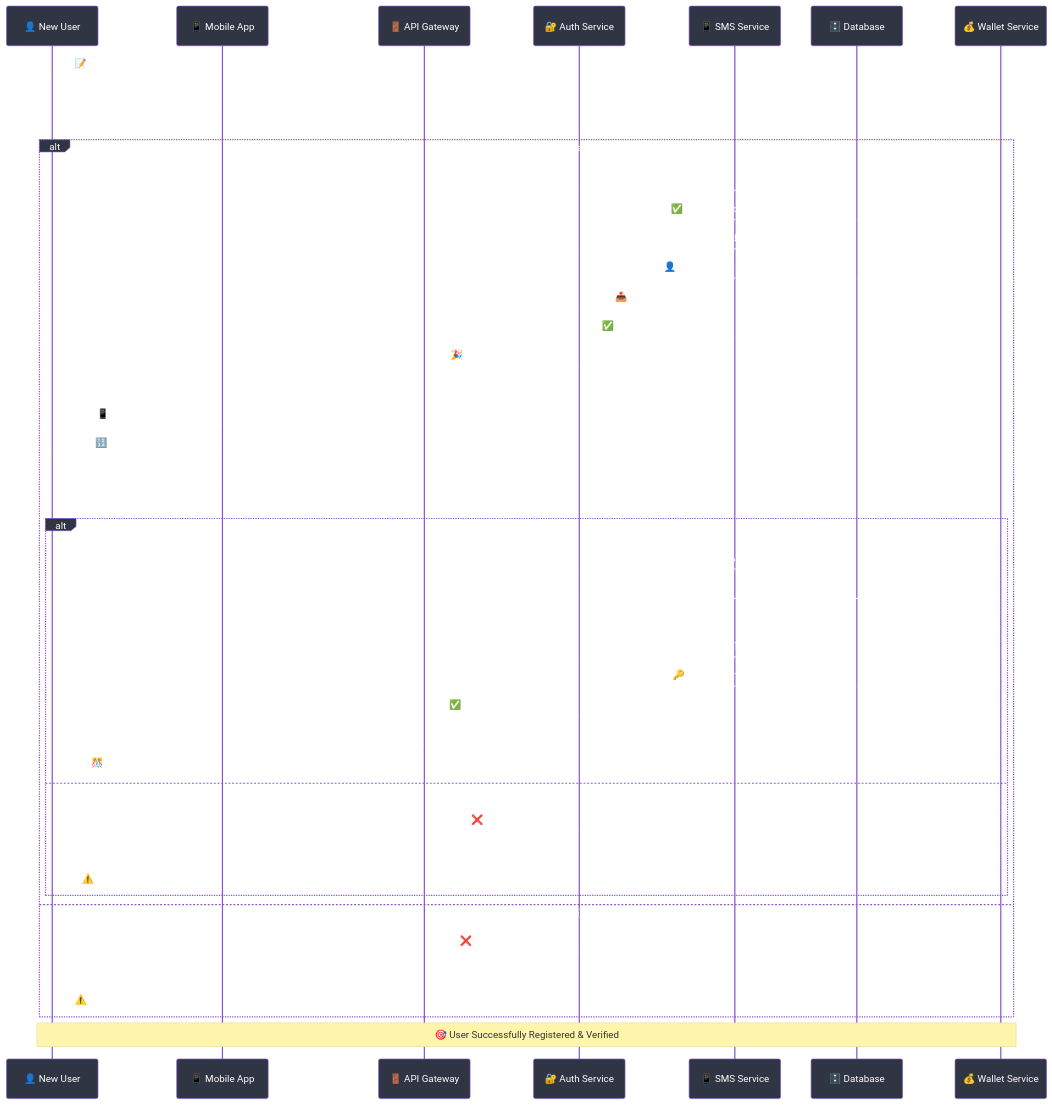
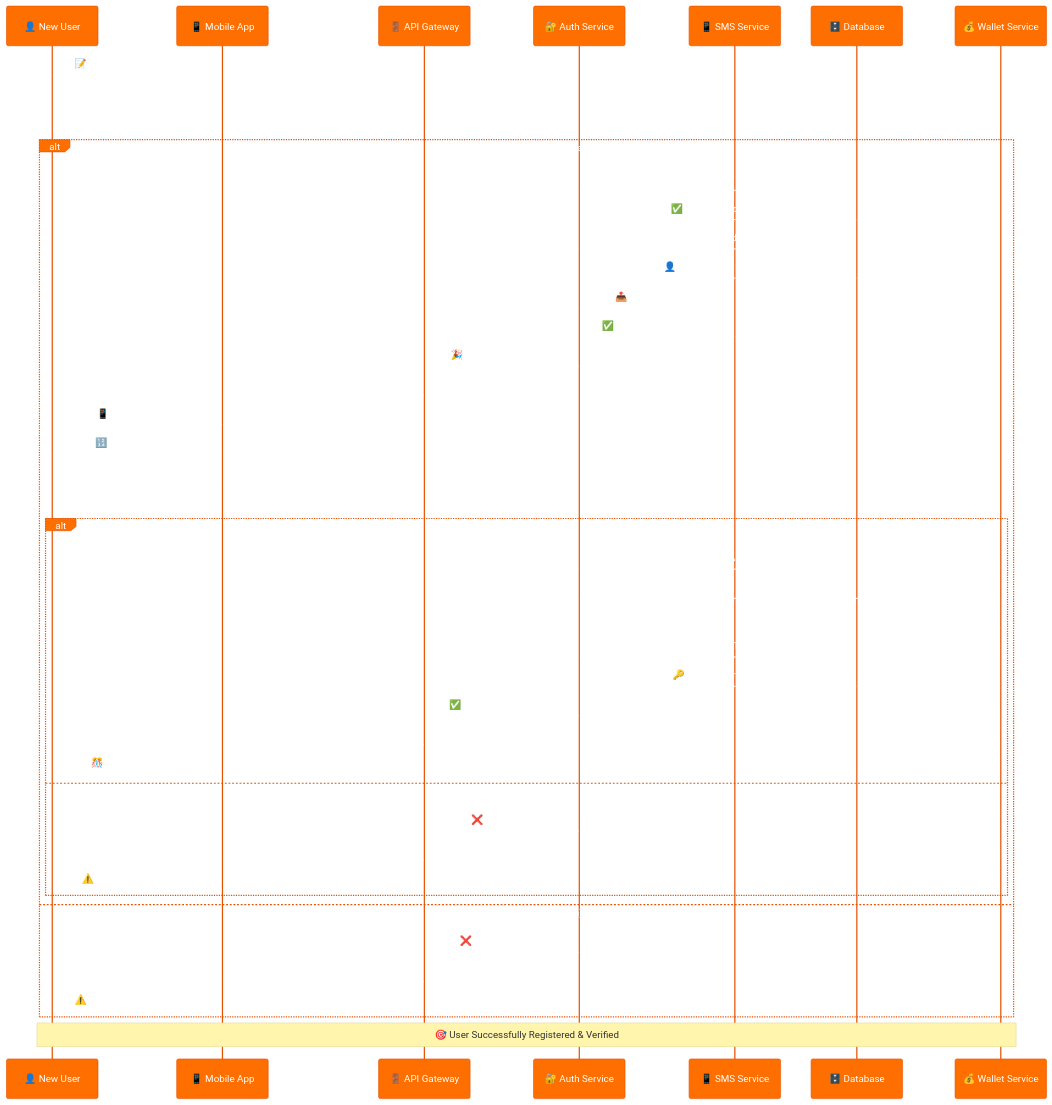
The fifth of 19 diagrams in docs/BUSINESS_PROCESSES.md (abdoElHodaky/transportapp), drawn with Mermaid before and after one commit. The commit also changed other lines of this file and 1 other file, not shown here.

````diff
--- a/docs/BUSINESS_PROCESSES.md
+++ b/docs/BUSINESS_PROCESSES.md
@@ -373,74 +373,74 @@
 ```mermaid
 %%{init: {
   'theme': 'base',
   'themeVariables': {
-    'primaryColor': '#a55eea',
+    'primaryColor': '#FF6F00',
     'primaryTextColor': '#ffffff',
-    'primaryBorderColor': '#8854d0',
-    'lineColor': '#ff6b6b',
-    'secondaryColor': '#26de81',
-    'tertiaryColor': '#ffa502',
-    'background': '#1e1e1e',
-    'mainBkg': '#2f3542',
-    'secondBkg': '#57606f',
-    'tertiaryBkg': '#747d8c'
+    'primaryBorderColor': '#E65100',
+    'lineColor': '#FF8F00',
+    'secondaryColor': '#FFA726',
+    'tertiaryColor': '#FFE0B2',
+    'background': '#ffffff',
+    'mainBkg': '#FF6F00',
+    'secondBkg': '#FFA726',
+    'tertiaryBkg': '#FFE0B2'
   }
 }}%%
 
 sequenceDiagram
     participant User as 👤 New User
     participant App as 📱 Mobile App
     participant API as 🚪 API Gateway
     participant Auth as 🔐 Auth Service
     participant SMS as 📱 SMS Service
     participant DB as 🗄️ Database
     participant Wallet as 💰 Wallet Service
 
     User->>App: 📝 Enter Registration Details
     App->>API: POST /auth/register
     API->>Auth: Validate Registration Data
     
     alt Valid Registration Data
         Auth->>DB: Check Phone/Email Uniqueness
         DB-->>Auth: ✅ Unique Credentials
         
         Auth->>DB: Create User Record (Pending)
         DB-->>Auth: 👤 User Created (ID: 123)
         
         Auth->>SMS: 📤 Send OTP Code
         SMS-->>Auth: ✅ OTP Sent Successfully
         
         Auth-->>API: 🎉 Registration Initiated
         API-->>App: 201 Created {userId, otpRequired}
         App-->>User: 📱 Enter OTP Code
         
         User->>App: 🔢 Input OTP Code
         App->>API: POST /auth/verify-otp
         API->>Auth: Verify OTP Code
         
         alt Valid OTP
             Auth->>DB: Activate User Account
             Auth->>Wallet: Create User Wallet
             Wallet->>DB: Initialize Wallet (0 SDG)
             
             Auth->>DB: Generate JWT Tokens
             DB-->>Auth: 🔑 Tokens Generated
             
             Auth-->>API: ✅ Verification Complete
             API-->>App: 200 OK {accessToken, refreshToken}
             App-->>User: 🎊 Welcome to Sikka!
             
         else Invalid OTP
             Auth-->>API: ❌ Invalid OTP
             API-->>App: 400 Bad Request
             App-->>User: ⚠️ Invalid Code, Try Again
         end
         
     else Invalid Registration Data
         Auth-->>API: ❌ Validation Failed
         API-->>App: 400 Bad Request
         App-->>User: ⚠️ Please Check Your Details
     end
 
     Note over User,Wallet: 🎯 User Successfully Registered & Verified
 ```
````
